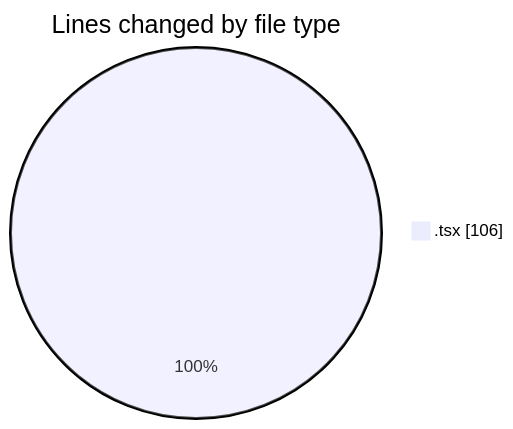
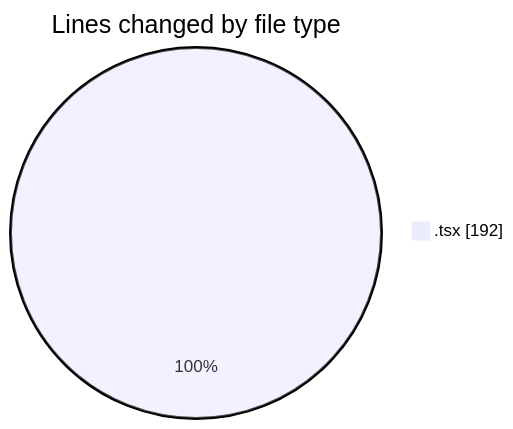
Before and after one commit to momahboobian/code-tracking: the first of 2 diagrams in 2025-01-20/activity-tracker/README.md, drawn with Mermaid. The commit also changed other lines of this file and 1 other file, not shown here.

````diff
--- a/2025-01-20/activity-tracker/README.md
+++ b/2025-01-20/activity-tracker/README.md
@@ -21,5 +21,5 @@
 ```mermaid
 pie showData
 title Lines changed by file type
-".tsx" : 106
+".tsx" : 192
 ```
````
